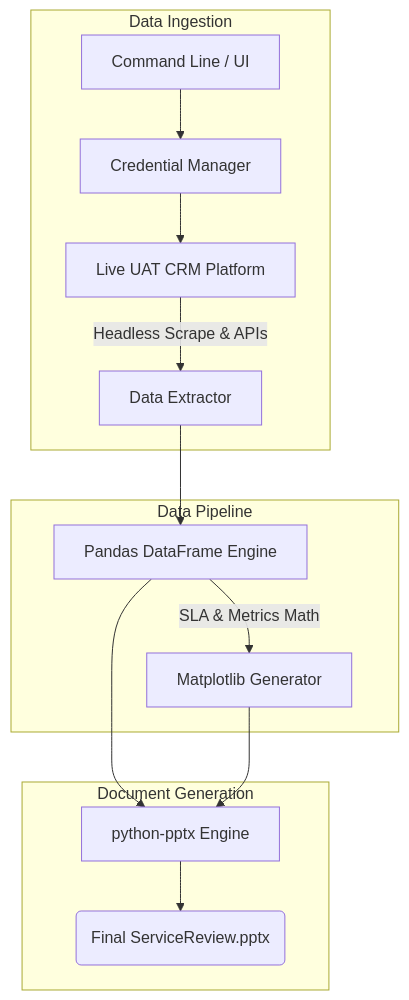
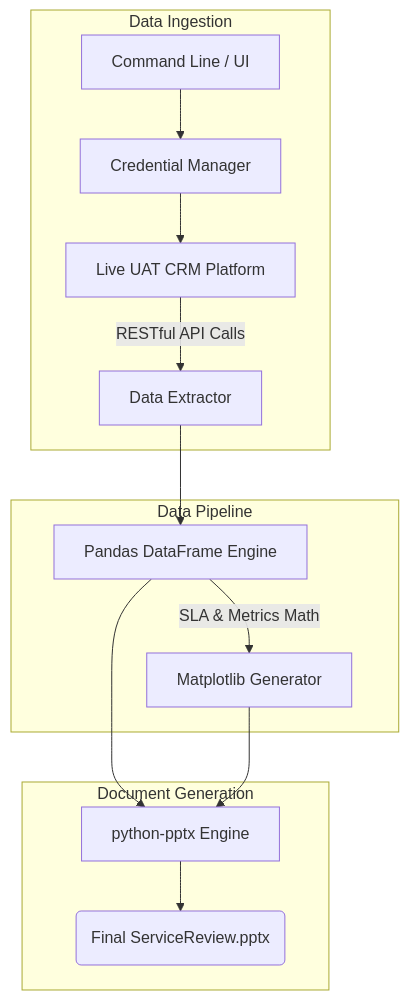
One commit to Hetgandhi25/enterprise-ppt-automation changed the first of 2 diagrams in README.md. Above: the diagram before and after it, drawn with Mermaid. The commit also changed other lines of this file, not shown here.

Commit message:
Updated architecture and tech stack to reflect API Integration as the core data extraction design

````diff
--- a/README.md
+++ b/README.md
@@ -21,19 +21,19 @@
 ```mermaid
 graph TD
     subgraph Input [Data Ingestion]
         CLI[Command Line / UI] --> Config[Credential Manager]
         Config --> CRM[Live UAT CRM Platform]
-        CRM -->|Headless Scrape & APIs| Downloader[Data Extractor]
+        CRM -->|RESTful API Calls| Downloader[Data Extractor]
     end
 
     subgraph Processing [Data Pipeline]
         Downloader --> Pandas[Pandas DataFrame Engine]
         Pandas -->|SLA & Metrics Math| Charts[Matplotlib Generator]
     end
 
     subgraph Output [Document Generation]
         Pandas --> PPT[python-pptx Engine]
         Charts --> PPT
         PPT --> PPTX(Final ServiceReview.pptx)
     end
 ```
````
